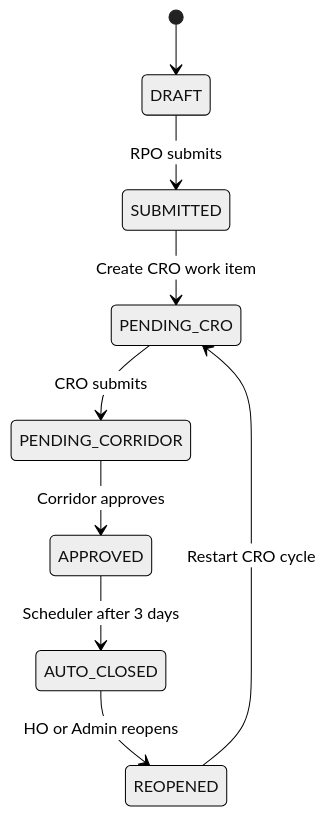
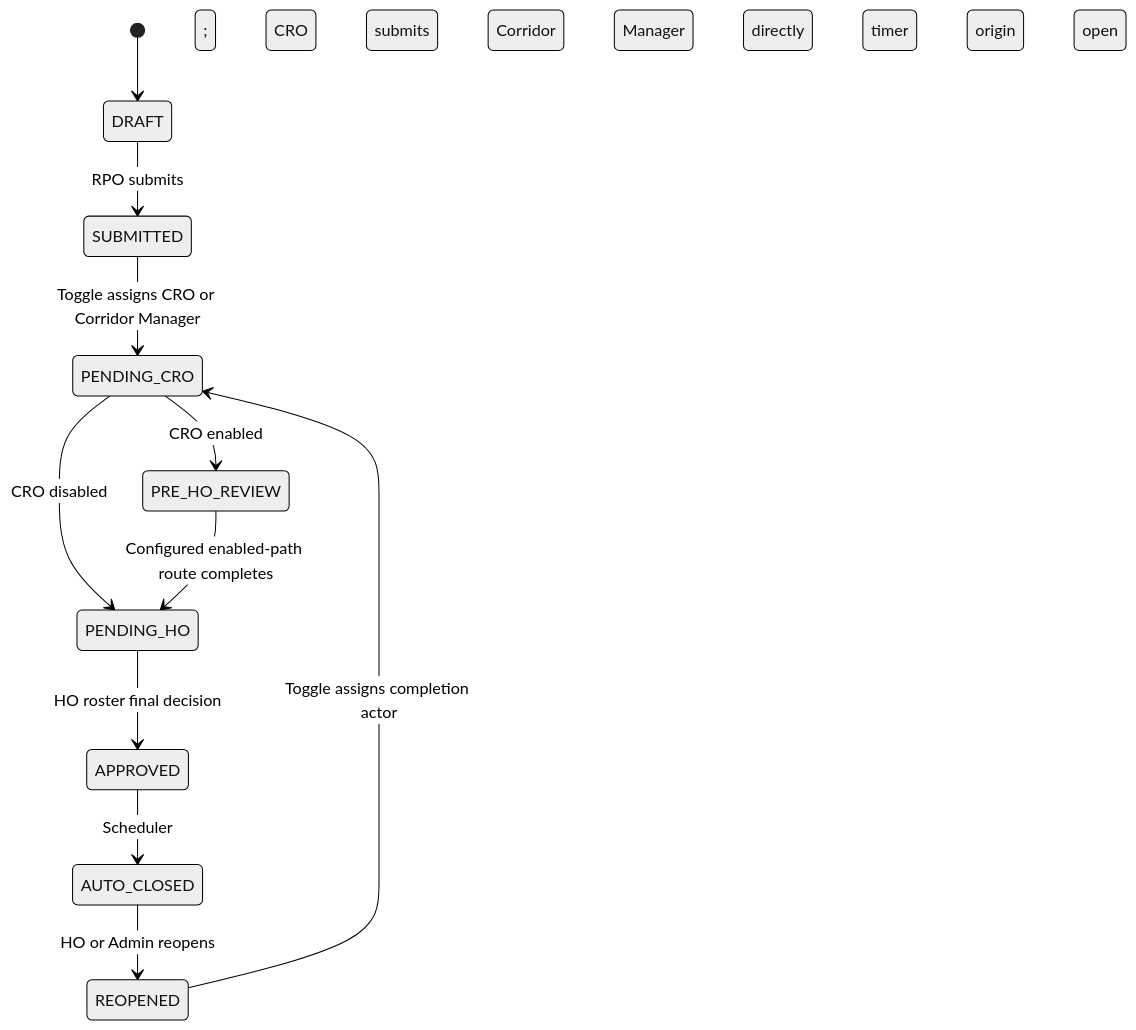
The second of 2 diagrams in docs/workflows.md (LaxmiKhilnani-nhit/Incident-Managment), drawn with Mermaid (neutral theme) before and after one commit. The commit also changed other lines of this file and 6 other files, not shown here.

Commit message:
docs: document CRO toggle and HO approval routing

````diff
--- a/docs/workflows.md
+++ b/docs/workflows.md
@@ -64,11 +78,13 @@
 ```mermaid
 stateDiagram-v2
   [*] --> DRAFT
   DRAFT --> SUBMITTED: RPO submits
-  SUBMITTED --> PENDING_CRO: Create CRO work item
-  PENDING_CRO --> PENDING_CORRIDOR: CRO submits
-  PENDING_CORRIDOR --> APPROVED: Corridor approves
-  APPROVED --> AUTO_CLOSED: Scheduler after 3 days
+  SUBMITTED --> PENDING_CRO: Toggle assigns CRO or Corridor Manager
+  PENDING_CRO --> PRE_HO_REVIEW: CRO enabled; CRO submits
+  PENDING_CRO --> PENDING_HO: CRO disabled; Corridor Manager submits directly
+  PRE_HO_REVIEW --> PENDING_HO: Configured enabled-path route completes
+  PENDING_HO --> APPROVED: HO roster final decision
+  APPROVED --> AUTO_CLOSED: Scheduler; timer origin open
   AUTO_CLOSED --> REOPENED: HO or Admin reopens
-  REOPENED --> PENDING_CRO: Restart CRO cycle
+  REOPENED --> PENDING_CRO: Toggle assigns completion actor
 ```
````
